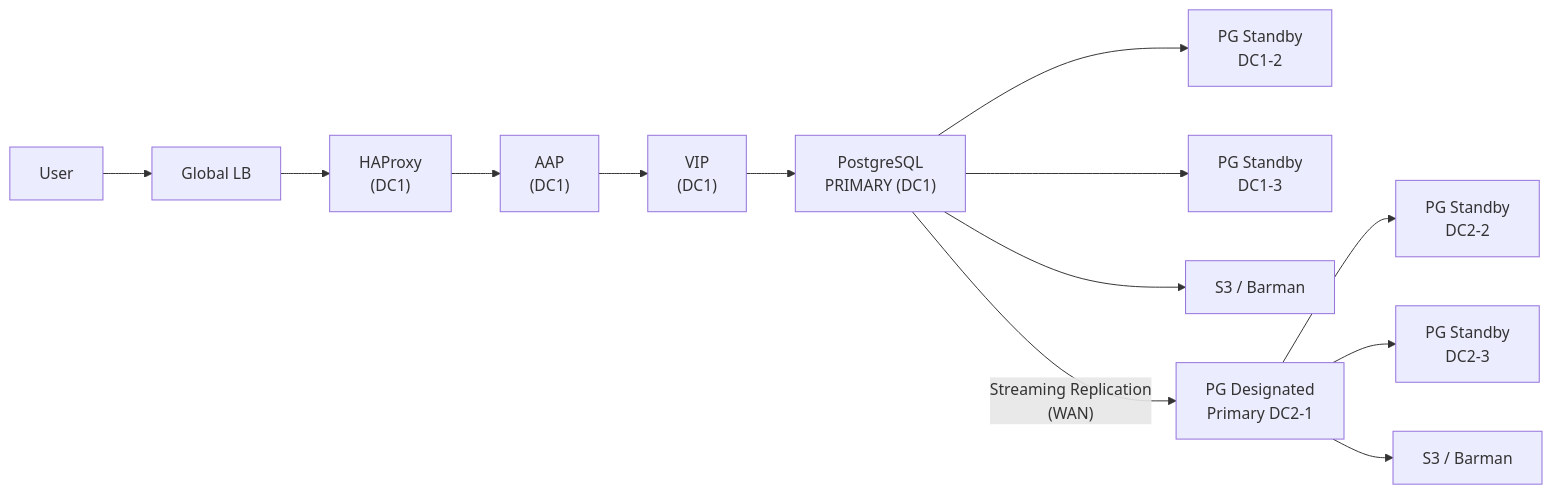
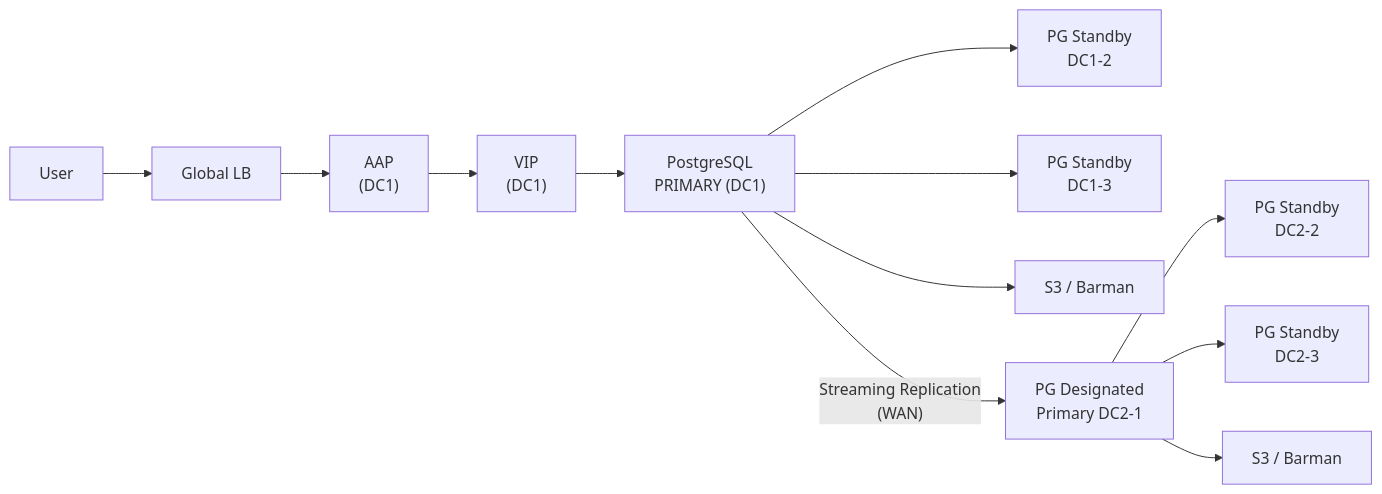
One commit to ansible/aap-rag-content changed the first of 2 diagrams in solution-guides-plaintext/README-EDB.md. Above: the diagram before and after it, drawn with Mermaid. The commit also changed other lines of this file and 101 other files, not shown here.

````diff
--- a/solution-guides-plaintext/README-EDB.md
+++ b/solution-guides-plaintext/README-EDB.md
@@ -196,14 +214,14 @@
 ```mermaid
 flowchart LR
-    User --> GLB["Global LB"] --> HAProxy["HAProxy\n(DC1)"] --> AAP["AAP\n(DC1)"] --> VIP["VIP\n(DC1)"] --> PG1["PostgreSQL\nPRIMARY (DC1)"]
+    User --> GLB["Global LB"] --> AAP["AAP\n(DC1)"] --> VIP["VIP\n(DC1)"] --> PG1["PostgreSQL\nPRIMARY (DC1)"]
 
     PG1 --> PG1S2["PG Standby\nDC1-2"]
     PG1 --> PG1S3["PG Standby\nDC1-3"]
     PG1 --> BAR1["S3 / Barman"]
 
     PG1 -- "Streaming Replication\n(WAN)" --> PG2DP["PG Designated\nPrimary DC2-1"]
 
     PG2DP --> PG2S2["PG Standby\nDC2-2"]
     PG2DP --> PG2S3["PG Standby\nDC2-3"]
     PG2DP --> BAR2["S3 / Barman"]
 ```
````
